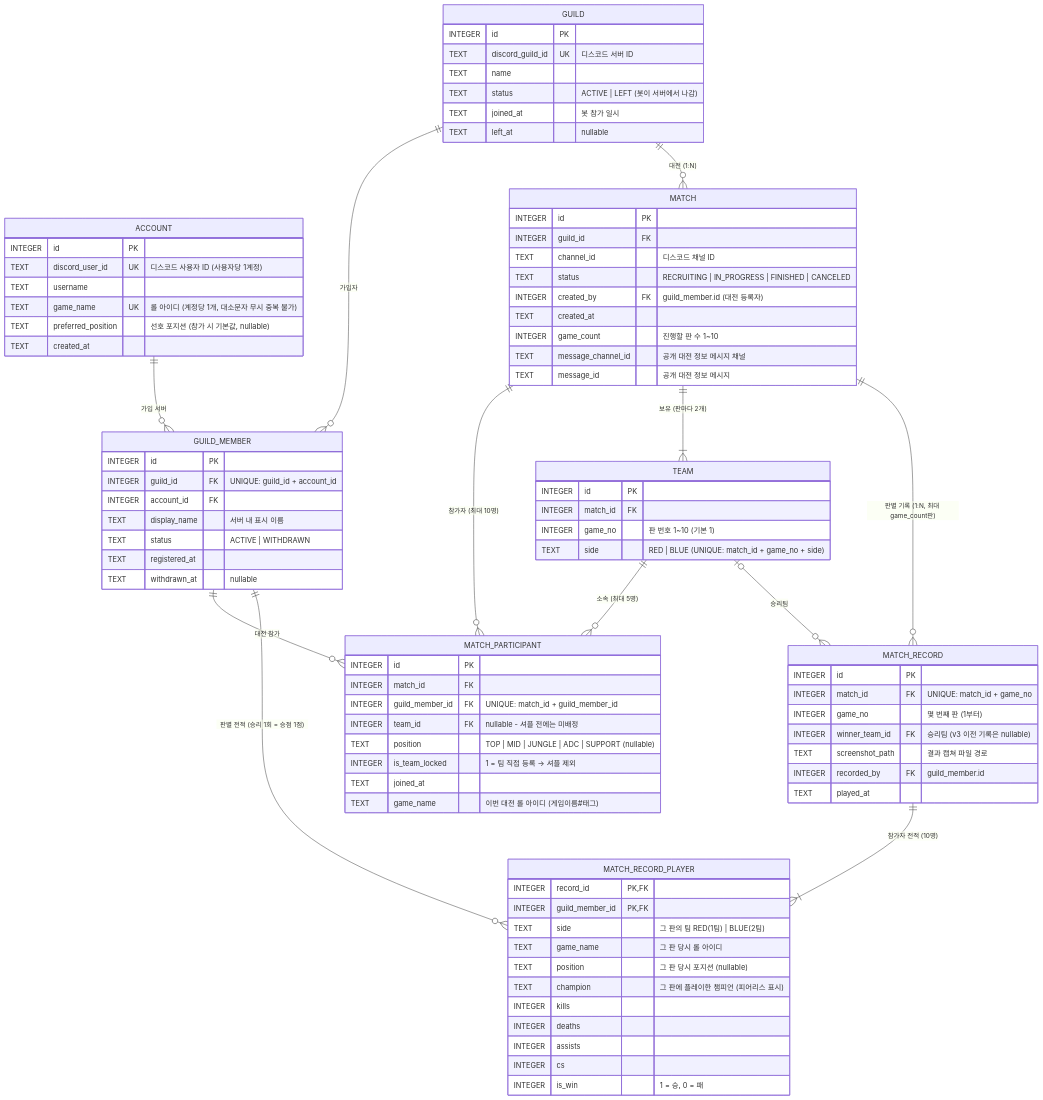
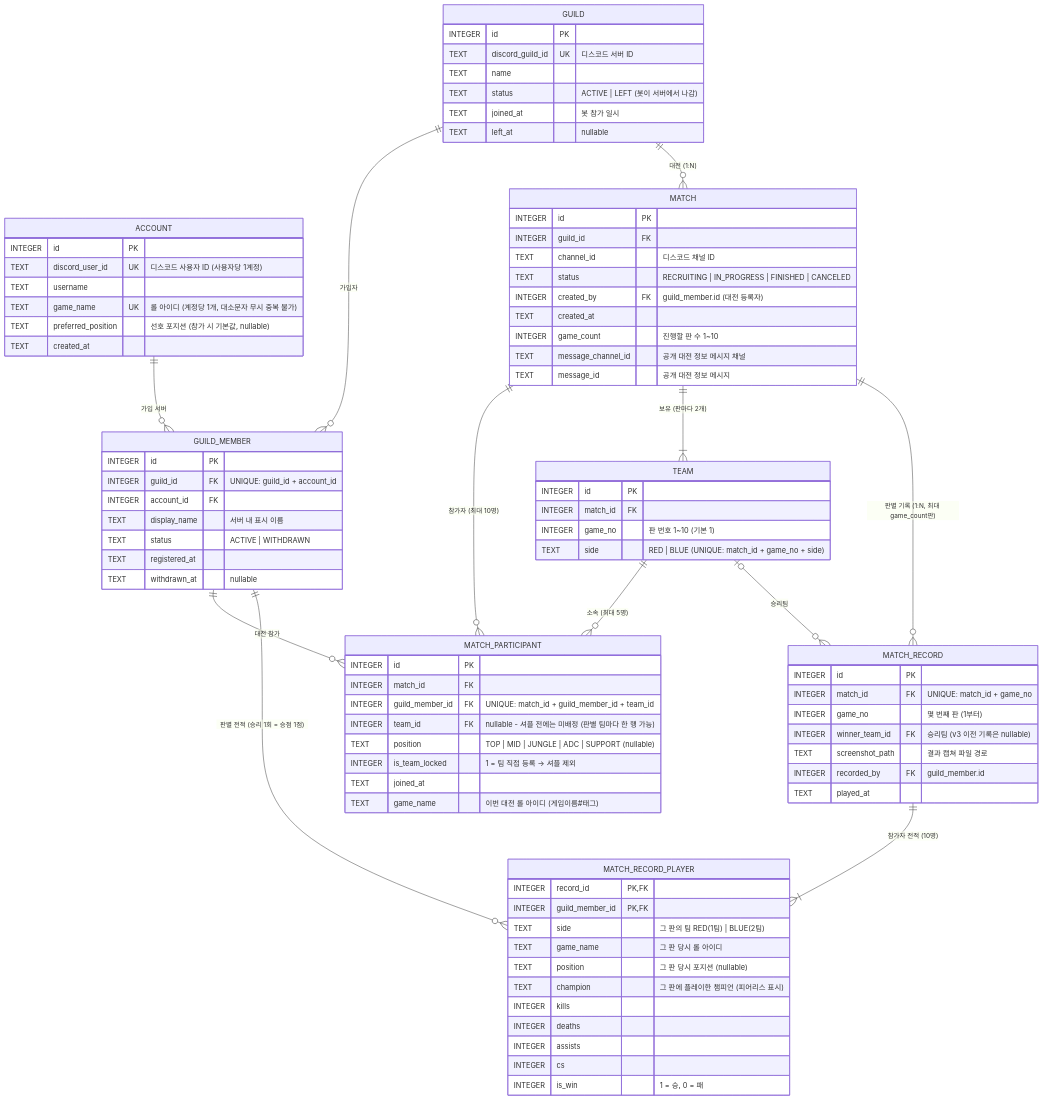
Before and after one commit to RedPanda6801/movie_app_notebook: the diagram in CLAUDE.md, drawn with Mermaid. The commit also changed other lines of this file and 4 other files, not shown here.

First line of the commit message:
Allow one match_participant row per game team (schema v7)

```diff
--- a/CLAUDE.md
+++ b/CLAUDE.md
@@ -182,8 +182,8 @@
     MATCH_PARTICIPANT {
         INTEGER id PK
         INTEGER match_id        FK
-        INTEGER guild_member_id FK "UNIQUE: match_id + guild_member_id"
-        INTEGER team_id         FK "nullable - 셔플 전에는 미배정"
+        INTEGER guild_member_id FK "UNIQUE: match_id + guild_member_id + team_id"
+        INTEGER team_id         FK "nullable - 셔플 전에는 미배정 (판별 팀마다 한 행 가능)"
         TEXT    position "TOP | MID | JUNGLE | ADC | SUPPORT (nullable)"
         INTEGER is_team_locked "1 = 팀 직접 등록 → 셔플 제외"
         TEXT    joined_at
```
